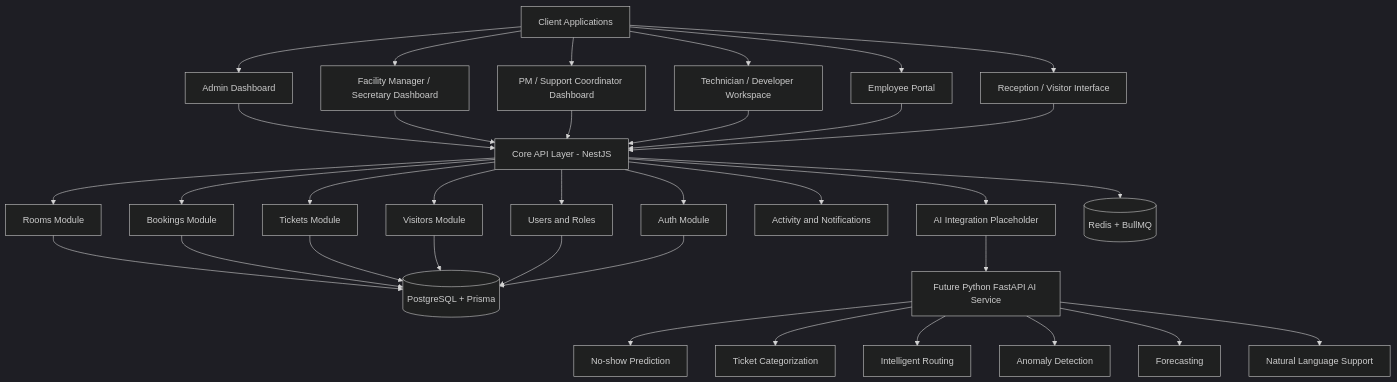
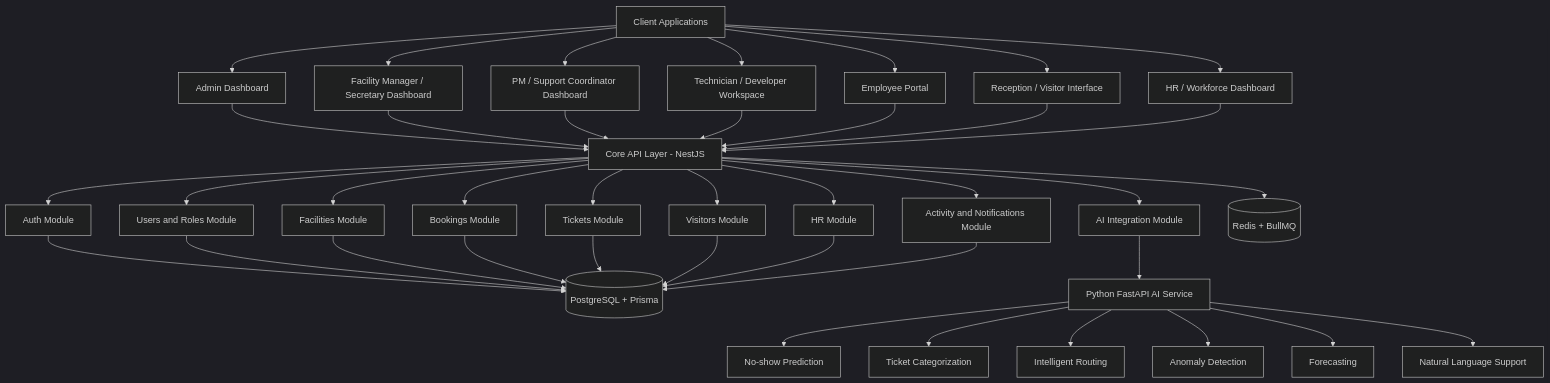
The first of 4 diagrams in README.md (carlke2/Smart-Facility-Managemen), drawn with Mermaid (dark theme) before and after one commit. The commit also changed other lines of this file, not shown here.

````diff
--- a/README.md
+++ b/README.md
@@ -86,42 +128,47 @@
 ```mermaid
 flowchart TD
     A[Client Applications] --> A1[Admin Dashboard]
     A --> A2[Facility Manager / Secretary Dashboard]
     A --> A3[PM / Support Coordinator Dashboard]
     A --> A4[Technician / Developer Workspace]
     A --> A5[Employee Portal]
     A --> A6[Reception / Visitor Interface]
+    A --> A7[HR / Workforce Dashboard]
 
     A1 --> B[Core API Layer - NestJS]
     A2 --> B
     A3 --> B
     A4 --> B
     A5 --> B
     A6 --> B
+    A7 --> B
 
     B --> C[Auth Module]
-    B --> D[Users and Roles]
-    B --> E[Rooms Module]
+    B --> D[Users and Roles Module]
+    B --> E[Facilities Module]
     B --> F[Bookings Module]
     B --> G[Tickets Module]
     B --> H[Visitors Module]
-    B --> I[Activity and Notifications]
-    B --> J[AI Integration Placeholder]
+    B --> I[HR Module]
+    B --> J[Activity and Notifications Module]
+    B --> K[AI Integration Module]
 
-    E --> K[(PostgreSQL + Prisma)]
-    F --> K
-    G --> K
-    H --> K
-    D --> K
-    C --> K
+    C --> L[(PostgreSQL + Prisma)]
+    D --> L
+    E --> L
+    F --> L
+    G --> L
+    H --> L
+    I --> L
+    J --> L
 
-    B --> L[(Redis + BullMQ)]
+    B --> M[(Redis + BullMQ)]
 
-    J --> M[Future Python FastAPI AI Service]
-    M --> M1[No-show Prediction]
-    M --> M2[Ticket Categorization]
-    M --> M3[Intelligent Routing]
-    M --> M4[Anomaly Detection]
-    M --> M5[Forecasting]
-    M --> M6[Natural Language Support]
+    K --> N[Python FastAPI AI Service]
+    N --> N1[No-show Prediction]
+    N --> N2[Ticket Categorization]
+    N --> N3[Intelligent Routing]
+    N --> N4[Anomaly Detection]
+    N --> N5[Forecasting]
+    N --> N6[Natural Language Support]
 ```
````
